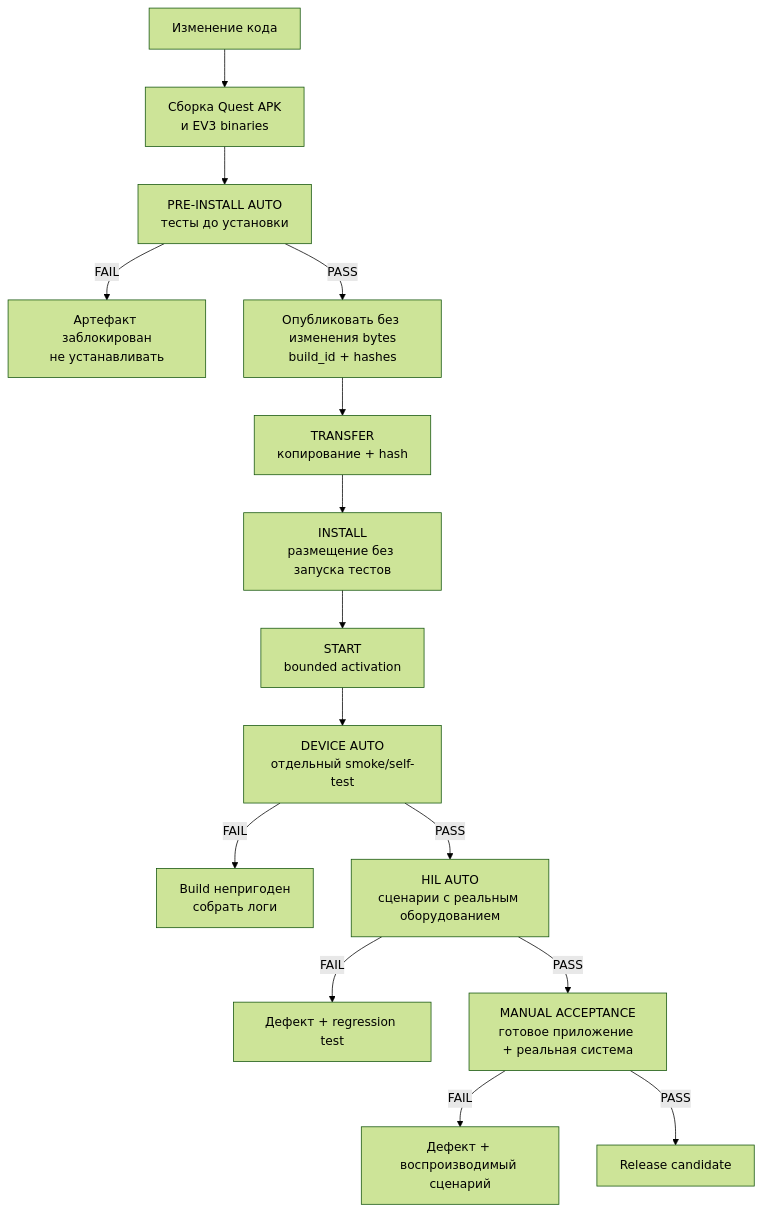
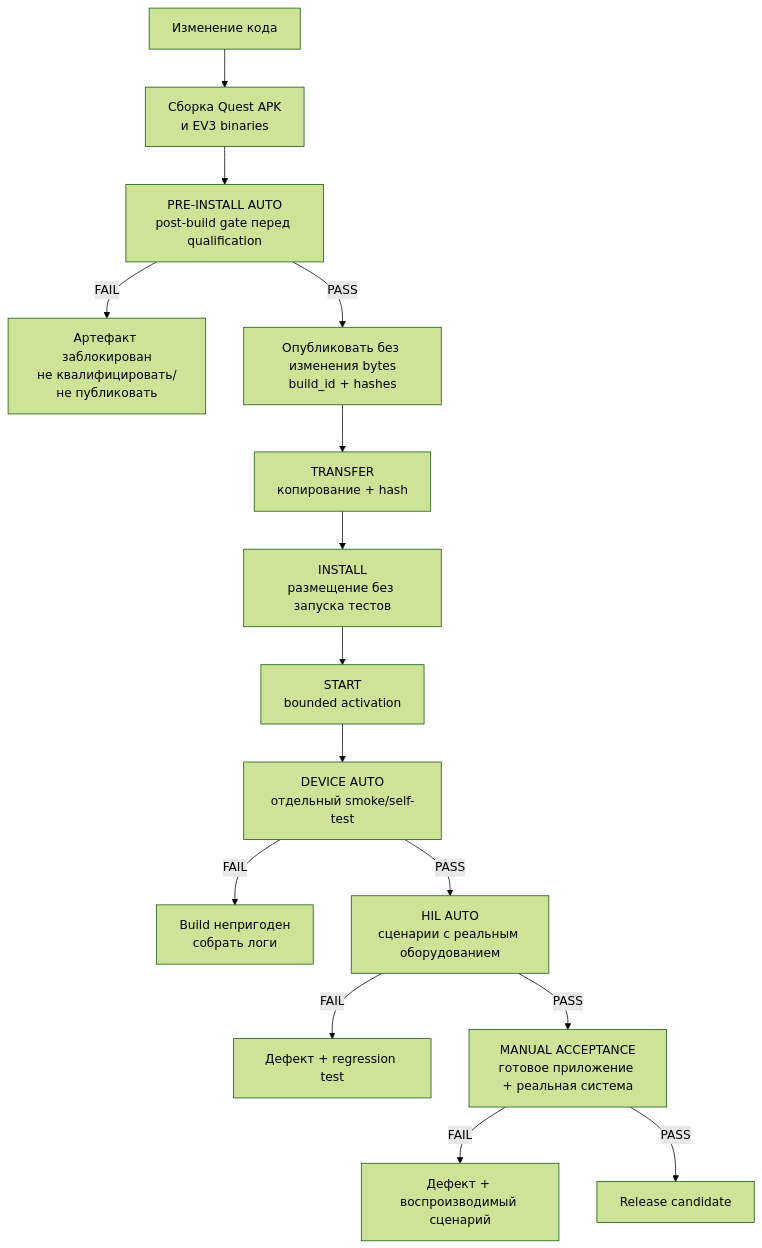
Before and after one commit to sirejik/phantom: the diagram in docs/PHANTOM/TEST_PLAN.md, drawn with Mermaid (forest theme). The commit also changed other lines of this file and 69 other files, not shown here.

````diff
--- a/docs/PHANTOM/TEST_PLAN.md
+++ b/docs/PHANTOM/TEST_PLAN.md
@@ -41,17 +41,17 @@
 ```mermaid
 flowchart TD
   C[Изменение кода] --> B[Сборка Quest APK<br/>и EV3 binaries]
-  B --> A[PRE-INSTALL AUTO<br/>тесты до установки]
-  A -->|FAIL| X[Артефакт заблокирован<br/>не устанавливать]
+  B --> A[PRE-INSTALL AUTO<br/>post-build gate перед qualification]
+  A -->|FAIL| X[Артефакт заблокирован<br/>не квалифицировать/не публиковать]
   A -->|PASS| P[Опубликовать без изменения bytes<br/>build_id + hashes]
   P --> T[TRANSFER<br/>копирование + hash]
   T --> D[INSTALL<br/>размещение без запуска тестов]
   D --> ST[START<br/>bounded activation]
   ST --> S[DEVICE AUTO<br/>отдельный smoke/self-test]
   S -->|FAIL| X2[Build непригоден<br/>собрать логи]
   S -->|PASS| H[HIL AUTO<br/>сценарии с реальным оборудованием]
   H -->|FAIL| X3[Дефект + regression test]
   H -->|PASS| M[MANUAL ACCEPTANCE<br/>готовое приложение + реальная система]
   M -->|FAIL| X4[Дефект + воспроизводимый сценарий]
   M -->|PASS| R[Release candidate]
 ```
````
